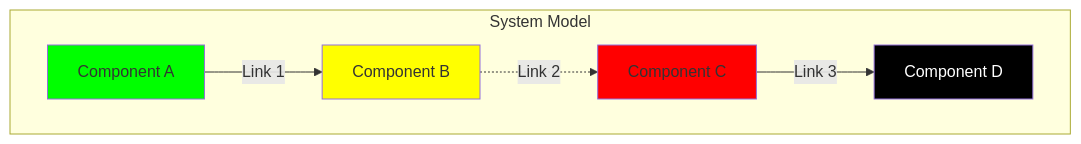
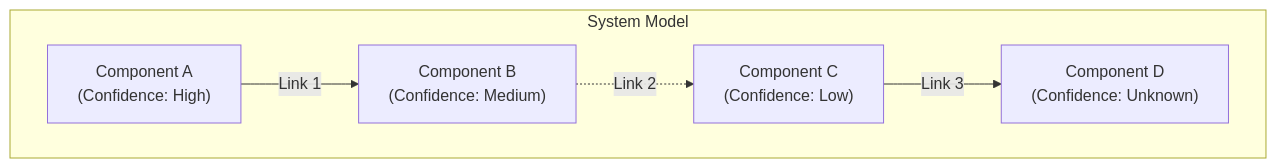
One commit to NikolasMarkou/prompt_collections changed diagram 13 of 13 in system_reverse_engineering.md. Above: the diagram before and after it, drawn with Mermaid. The commit also changed other lines of this file, not shown here.

````diff
--- a/system_reverse_engineering.md
+++ b/system_reverse_engineering.md
@@ -324,16 +324,12 @@
         ```mermaid
         graph TD
             subgraph "System Model"
-                A[Component A]:::high
-                B[Component B]:::medium
-                C[Component C]:::low
-                D[Component D]:::unknown
-                A -->|Link 1| B
-                B -.->|Link 2| C
-                C -->|Link 3| D
+                A["Component A<br/>(Confidence: High)"]
+                B["Component B<br/>(Confidence: Medium)"]
+                C["Component C<br/>(Confidence: Low)"]
+                D["Component D<br/>(Confidence: Unknown)"]
+                A -- "Link 1" --> B
+                B -. "Link 2" .-> C
+                C -- "Link 3" --> D
             end
-            classDef high fill:#00FF00
-            classDef medium fill:#FFFF00
-            classDef low fill:#FF0000
-            classDef unknown fill:#000000,color:#FFFFFF
         ```
````
